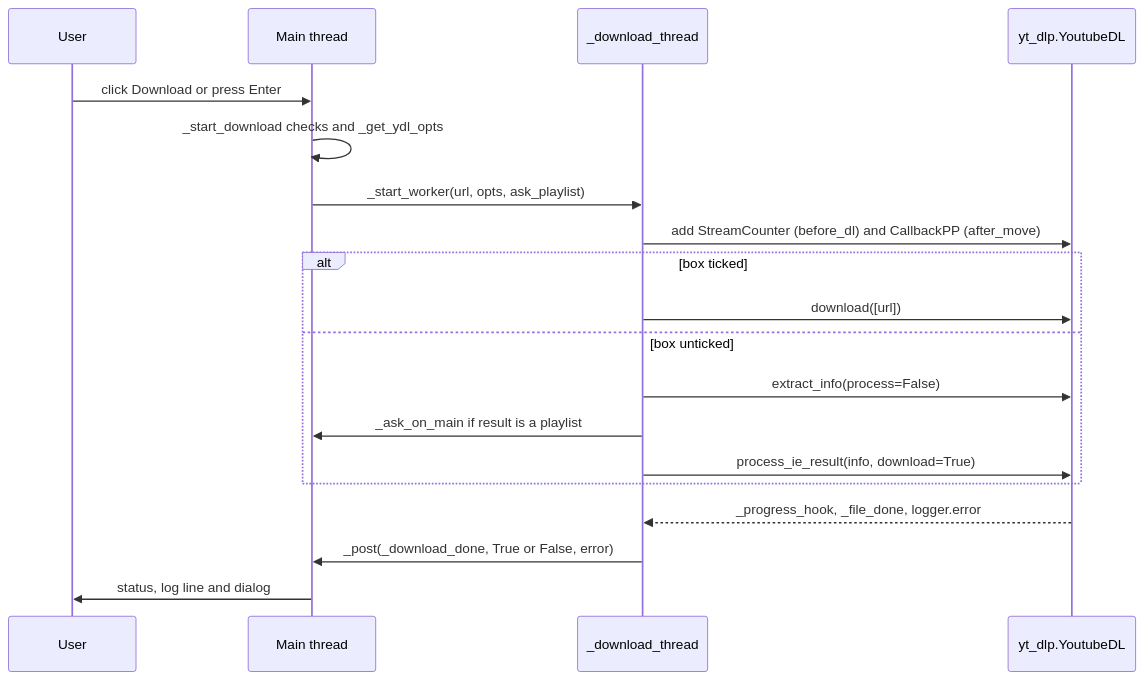
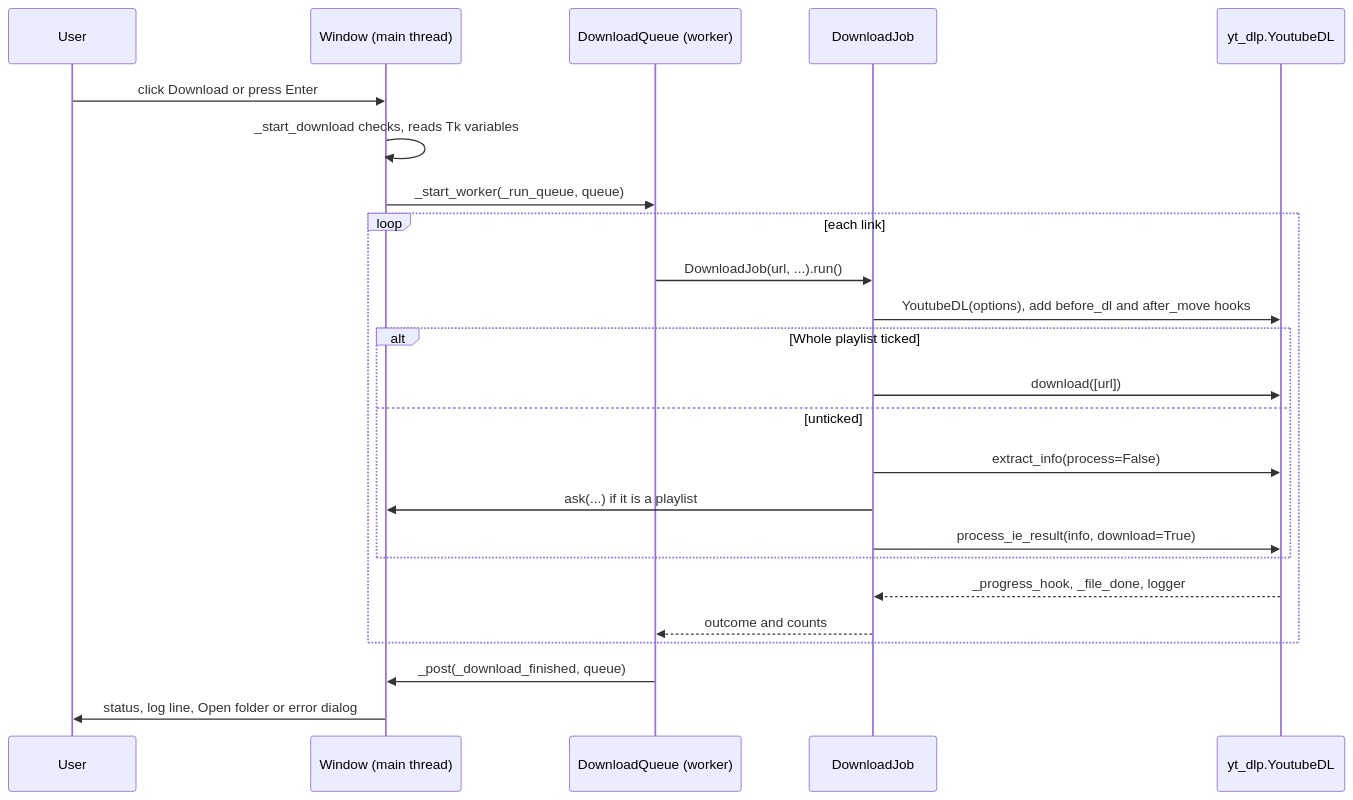
The first of 2 diagrams in docs/wiki/04-download-pipeline.md (lifeupnorth/YouTubeDownloader), drawn with Mermaid before and after one commit. The commit also changed other lines of this file and 9 other files, not shown here.

First line of the commit message:
Refresh the wiki for the engine split and the download queue

````diff
--- a/docs/wiki/04-download-pipeline.md
+++ b/docs/wiki/04-download-pipeline.md
@@ -14,21 +15,26 @@
 ```mermaid
 sequenceDiagram
     participant U as User
-    participant M as Main thread
-    participant W as _download_thread
+    participant M as Window (main thread)
+    participant Q as DownloadQueue (worker)
+    participant J as DownloadJob
     participant Y as yt_dlp.YoutubeDL
     U->>M: click Download or press Enter
-    M->>M: _start_download checks and _get_ydl_opts
-    M->>W: _start_worker(url, opts, ask_playlist)
-    W->>Y: add StreamCounter (before_dl) and CallbackPP (after_move)
-    alt box ticked
-        W->>Y: download([url])
-    else box unticked
-        W->>Y: extract_info(process=False)
-        W->>M: _ask_on_main if result is a playlist
-        W->>Y: process_ie_result(info, download=True)
+    M->>M: _start_download checks, reads Tk variables
+    M->>Q: _start_worker(_run_queue, queue)
+    loop each link
+        Q->>J: DownloadJob(url, ...).run()
+        J->>Y: YoutubeDL(options), add before_dl and after_move hooks
+        alt Whole playlist ticked
+            J->>Y: download([url])
+        else unticked
+            J->>Y: extract_info(process=False)
+            J->>M: ask(...) if it is a playlist
+            J->>Y: process_ie_result(info, download=True)
+        end
+        Y-->>J: _progress_hook, _file_done, logger
+        J-->>Q: outcome and counts
     end
-    Y-->>W: _progress_hook, _file_done, logger.error
-    W->>M: _post(_download_done, True or False, error)
-    M->>U: status, log line and dialog
+    Q->>M: _post(_download_finished, queue)
+    M->>U: status, log line, Open folder or error dialog
 ```
````
